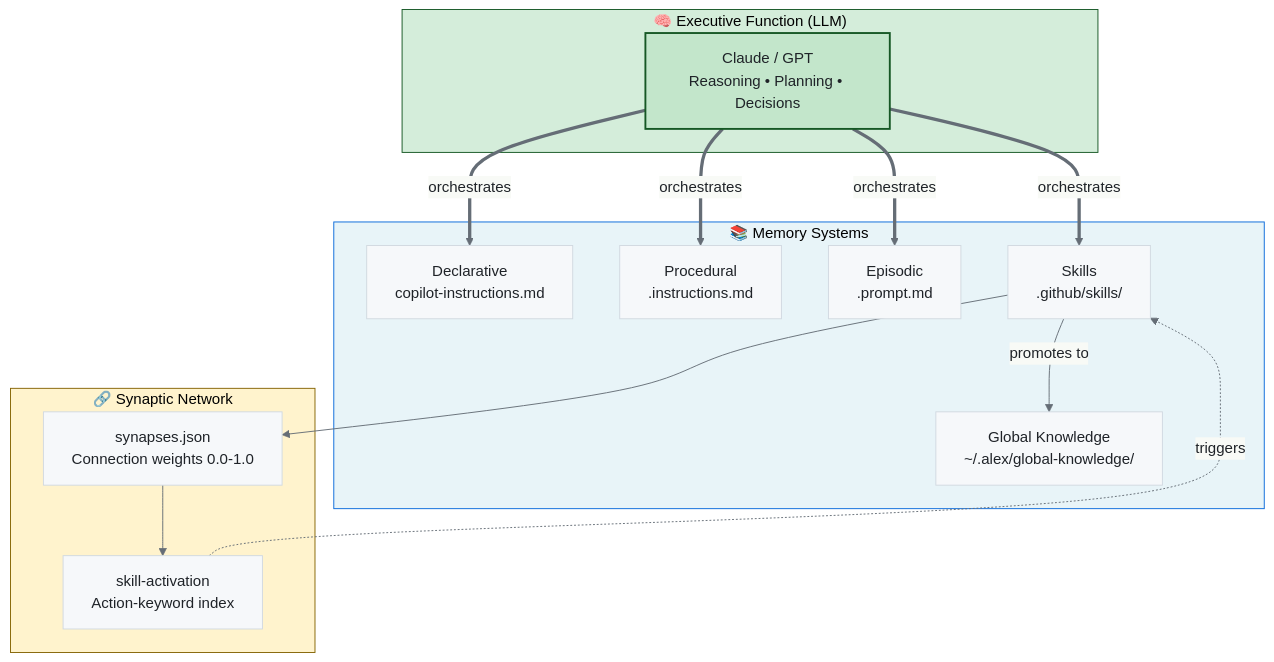
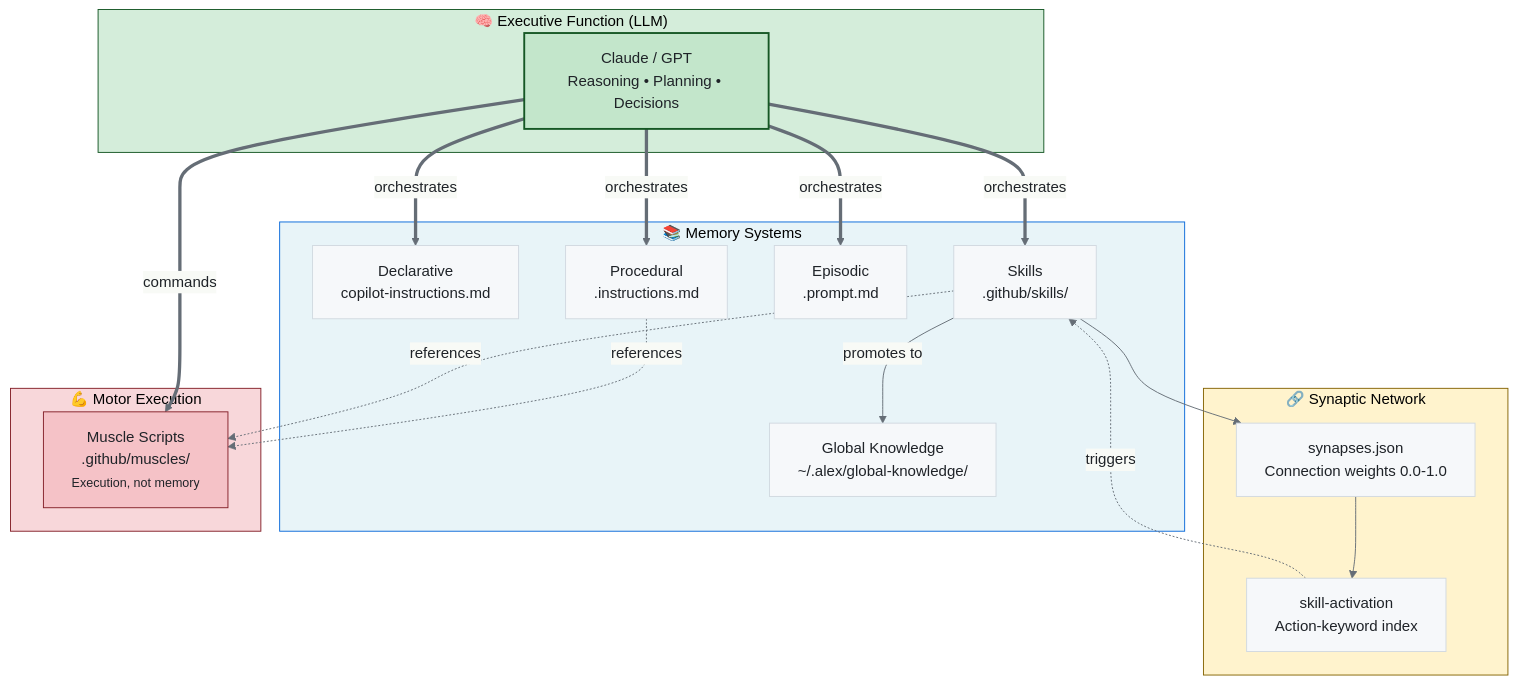
The first of 6 diagrams in alex_docs/skills/SKILLS-CATALOG.md (fabioc-aloha/Alex_Plug_In), drawn with Mermaid before and after one commit. The commit also changed other lines of this file and 52 other files, not shown here.

````diff
--- a/alex_docs/skills/SKILLS-CATALOG.md
+++ b/alex_docs/skills/SKILLS-CATALOG.md
@@ -255,31 +261,40 @@
 ```mermaid
 %%{init: {'theme': 'base', 'themeVariables': { 'primaryColor': '#f6f8fa', 'primaryTextColor': '#1f2328', 'primaryBorderColor': '#d1d9e0', 'lineColor': '#656d76'}}}%%
 flowchart TB
     subgraph EXEC["🧠 Executive Function (LLM)"]
         LLM["Claude / GPT<br/>Reasoning • Planning • Decisions"]
     end
 
     subgraph MEMORY["📚 Memory Systems"]
         DM["Declarative<br/>copilot-instructions.md"]
         PM["Procedural<br/>.instructions.md"]
         EM["Episodic<br/>.prompt.md"]
         SK["Skills<br/>.github/skills/"]
         GK["Global Knowledge<br/>~/.alex/global-knowledge/"]
     end
 
     subgraph SYNAPSES["🔗 Synaptic Network"]
         SYN["synapses.json<br/>Connection weights 0.0-1.0"]
         ACT["skill-activation<br/>Action-keyword index"]
     end
 
+    subgraph MUSCLES["💪 Motor Execution"]
+        MUS["Muscle Scripts<br/>.github/muscles/<br/><small>Execution, not memory</small>"]
+    end
+
     LLM ==>|orchestrates| DM & PM & EM & SK
     SK --> SYN
     SYN --> ACT
     ACT -.->|triggers| SK
     SK -->|promotes to| GK
+    LLM ==>|commands| MUS
+    PM -.->|references| MUS
+    SK -.->|references| MUS
 
     style EXEC fill:#d4edda,stroke:#155724
     style LLM fill:#c3e6cb,stroke:#155724,stroke-width:2px
     style MEMORY fill:#e8f4f8,stroke:#0969da
     style SYNAPSES fill:#fff3cd,stroke:#856404
+    style MUSCLES fill:#f8d7da,stroke:#842029
+    style MUS fill:#f5c2c7,stroke:#842029
 ```
````
